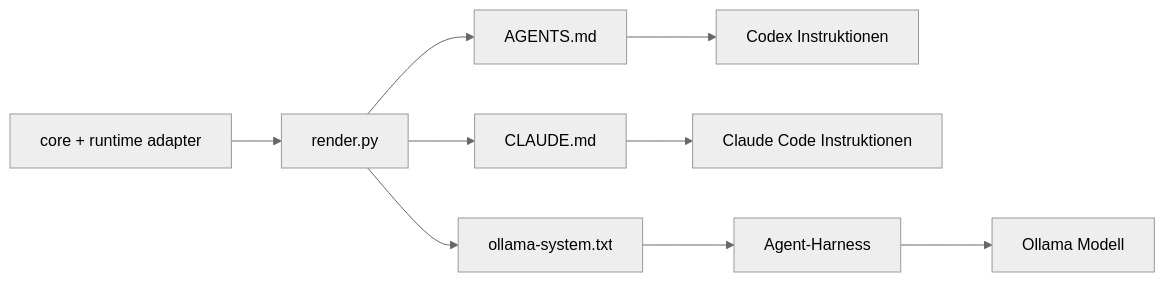
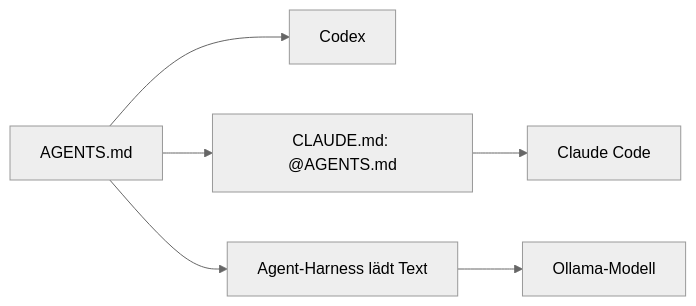
The first of 2 diagrams in docs/03-runtime-integration.md (pancoda-software/portable-agentic-policy-kit), drawn with Mermaid (neutral theme) before and after one commit. The commit also changed other lines of this file and 35 other files, not shown here.

````diff
--- a/docs/03-runtime-integration.md
+++ b/docs/03-runtime-integration.md
@@ -21,11 +5,8 @@
 ```mermaid
 flowchart LR
-    CORE["core + runtime adapter"] --> RENDER["render.py"]
-    RENDER --> A["AGENTS.md"]
-    RENDER --> C["CLAUDE.md"]
-    RENDER --> O["ollama-system.txt"]
-    A --> CODEX["Codex Instruktionen"]
-    C --> CC["Claude Code Instruktionen"]
-    O --> H["Agent-Harness"]
-    H --> MODEL["Ollama Modell"]
+    A["AGENTS.md"] --> CODEX["Codex"]
+    A --> CCFILE["CLAUDE.md: @AGENTS.md"]
+    CCFILE --> CLAUDE["Claude Code"]
+    A --> HARNESS["Agent-Harness lädt Text"]
+    HARNESS --> OLLAMA["Ollama-Modell"]
 ```
````
